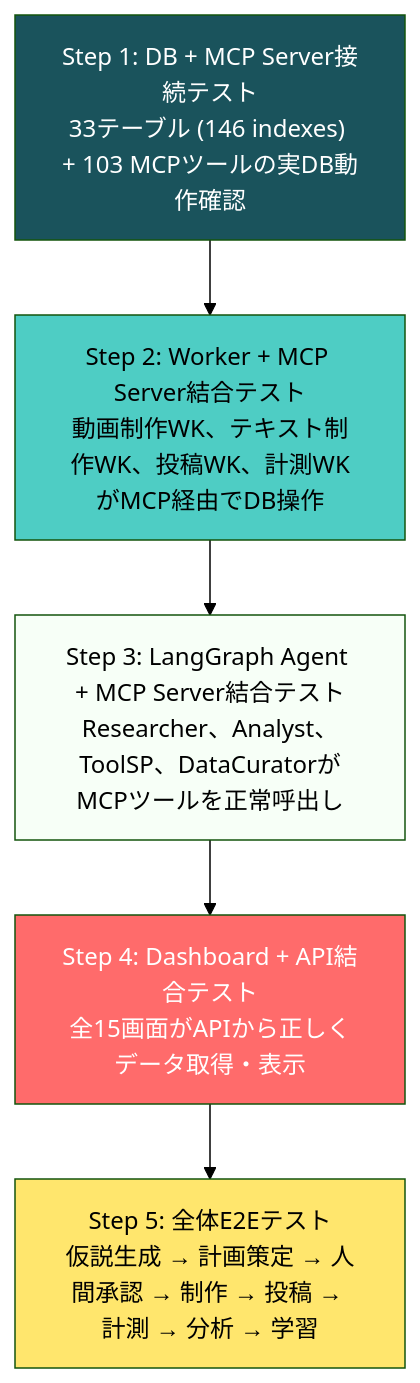
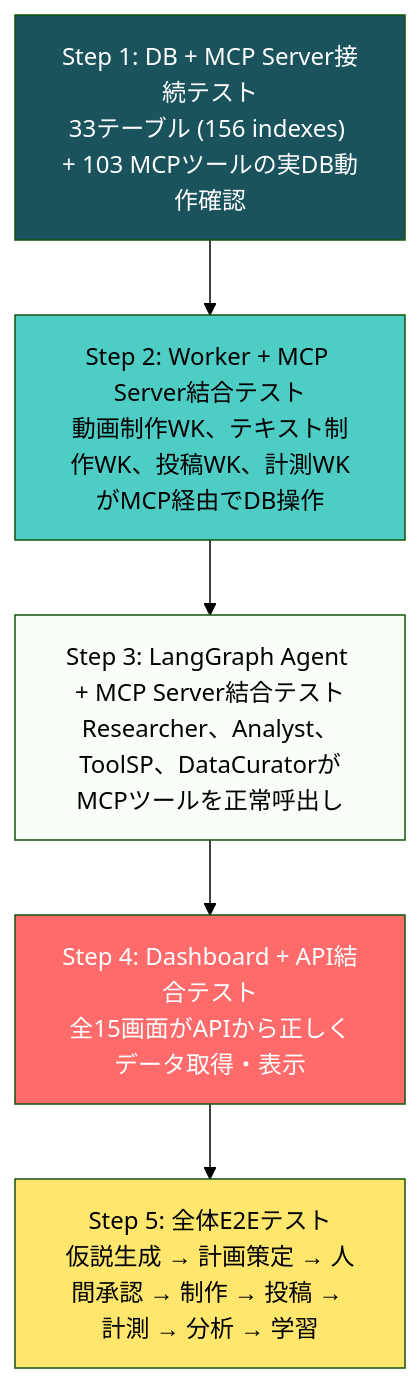
The fifth of 8 diagrams in docs/v5-specification/06-development-roadmap.md (Ceed-dev/ai-influencer), drawn with Mermaid (forest theme) before and after one commit. The commit also changed other lines of this file and 10 other files, not shown here.

````diff
--- a/docs/v5-specification/06-development-roadmap.md
+++ b/docs/v5-specification/06-development-roadmap.md
@@ -275,16 +275,16 @@
 ```mermaid
 flowchart TD
-    S1["Step 1: DB + MCP Server接続テスト<br/>33テーブル (146 indexes) + 103 MCPツールの実DB動作確認"]
+    S1["Step 1: DB + MCP Server接続テスト<br/>33テーブル (156 indexes) + 103 MCPツールの実DB動作確認"]
     S2["Step 2: Worker + MCP Server結合テスト<br/>動画制作WK、テキスト制作WK、投稿WK、計測WKがMCP経由でDB操作"]
     S3["Step 3: LangGraph Agent + MCP Server結合テスト<br/>Researcher、Analyst、ToolSP、DataCuratorがMCPツールを正常呼出し"]
     S4["Step 4: Dashboard + API結合テスト<br/>全15画面がAPIから正しくデータ取得・表示"]
     S5["Step 5: 全体E2Eテスト<br/>仮説生成 → 計画策定 → 人間承認 → 制作 → 投稿 → 計測 → 分析 → 学習"]
 
     S1 --> S2 --> S3 --> S4 --> S5
 
     style S1 fill:#1a535c,color:#fff
     style S2 fill:#4ecdc4,color:#000
     style S3 fill:#f7fff7,color:#000
     style S4 fill:#ff6b6b,color:#fff
     style S5 fill:#ffe66d,color:#000
 ```
````
